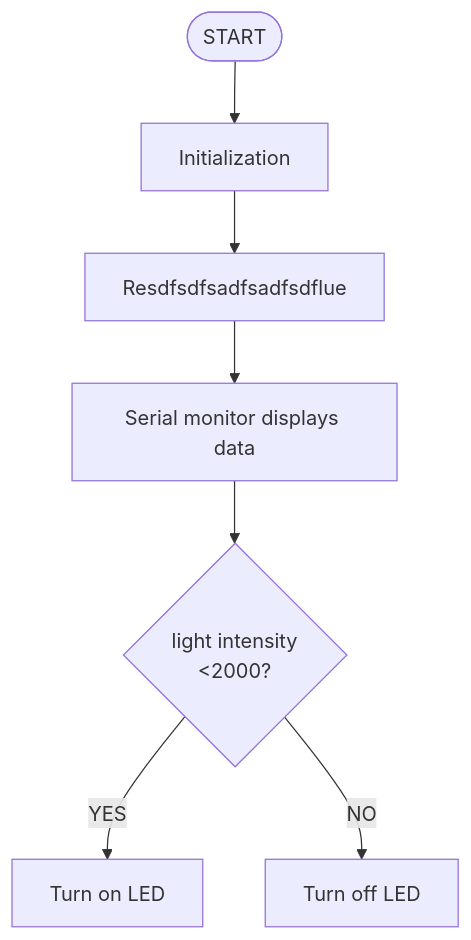
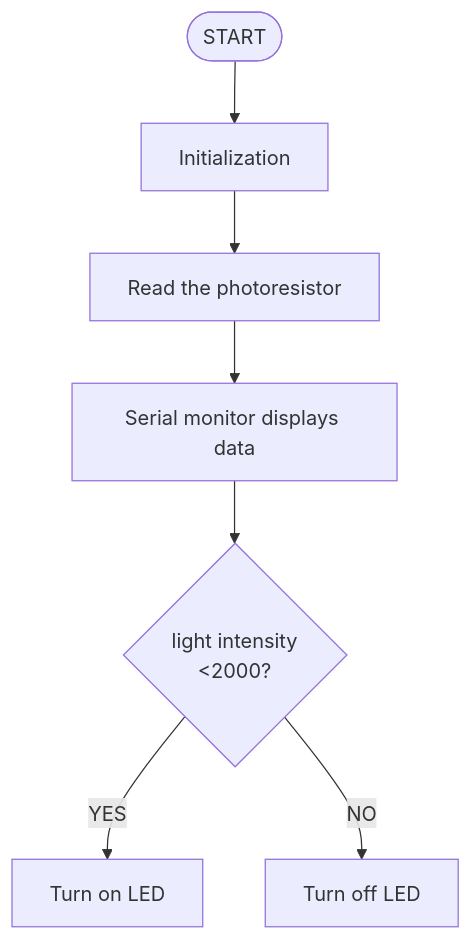
The fifth of 6 diagrams in docs/4.Arduino Projects/4.3 Projects/Project 1.md (keyestudio/KS0597-), drawn with Mermaid before and after one commit. The commit also changed other lines of this file, not shown here.

````diff
--- a/docs/4.Arduino Projects/4.3 Projects/Project 1.md
+++ b/docs/4.Arduino Projects/4.3 Projects/Project 1.md
@@ -395,10 +395,10 @@
 ```mermaid
 graph TD
     A([START]) --> B[Initialization]
-    B --> C[Resdfsdfsadfsadfsdflue]
+    B --> C[Read the photoresistor]
     C --> D[Serial monitor displays data]
     D --> E{light intensity<br><2000?}
     E -- YES --> F[Turn on LED]
     E -- NO --> G[Turn off LED]
    
 ```
````
